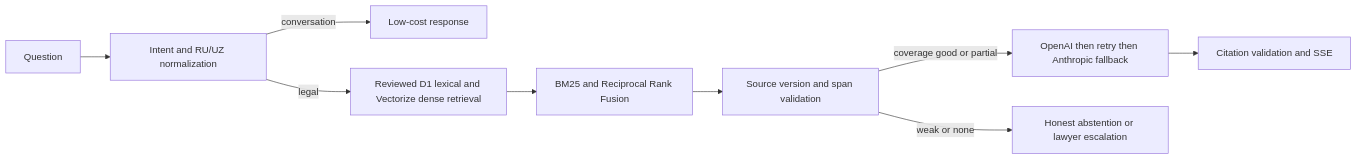
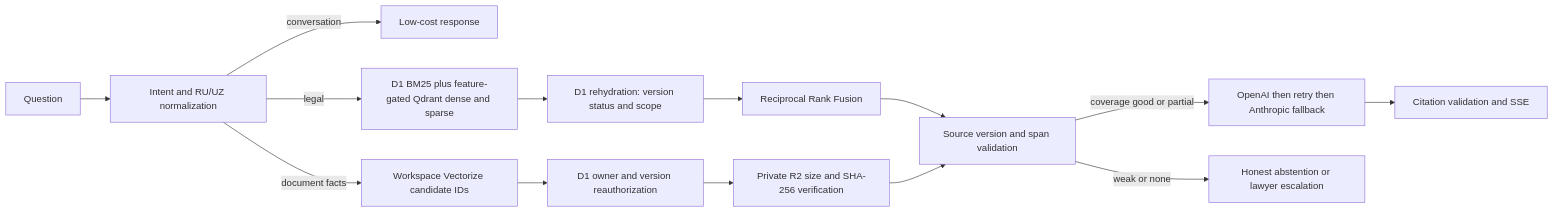
Before and after one commit to MoozUpus/juro: the diagram in docs/integrations/huquq-ai/ARCHITECTURE.md, drawn with Mermaid. The commit also changed other lines of this file and 256 other files, not shown here.

First line of the commit message:
feat: integrate JURO legal ecosystem release candidate

````diff
--- a/docs/integrations/huquq-ai/ARCHITECTURE.md
+++ b/docs/integrations/huquq-ai/ARCHITECTURE.md
@@ -3,11 +3,16 @@
 ```mermaid
 flowchart LR
   Q[Question] --> P[Intent and RU/UZ normalization]
   P -->|conversation| C[Low-cost response]
-  P -->|legal| R[Reviewed D1 lexical and Vectorize dense retrieval]
-  R --> F[BM25 and Reciprocal Rank Fusion]
+  P -->|legal| R[D1 BM25 plus feature-gated Qdrant dense and sparse]
+  P -->|document facts| U[Workspace Vectorize candidate IDs]
+  U --> UA[D1 owner and version reauthorization]
+  UA --> UR[Private R2 size and SHA-256 verification]
+  R --> H[D1 rehydration: version status and scope]
+  H --> F[Reciprocal Rank Fusion]
   F --> V[Source version and span validation]
+  UR --> V
   V -->|coverage good or partial| G[OpenAI then retry then Anthropic fallback]
   V -->|weak or none| A[Honest abstention or lawyer escalation]
   G --> CITE[Citation validation and SSE]
 ```
````
